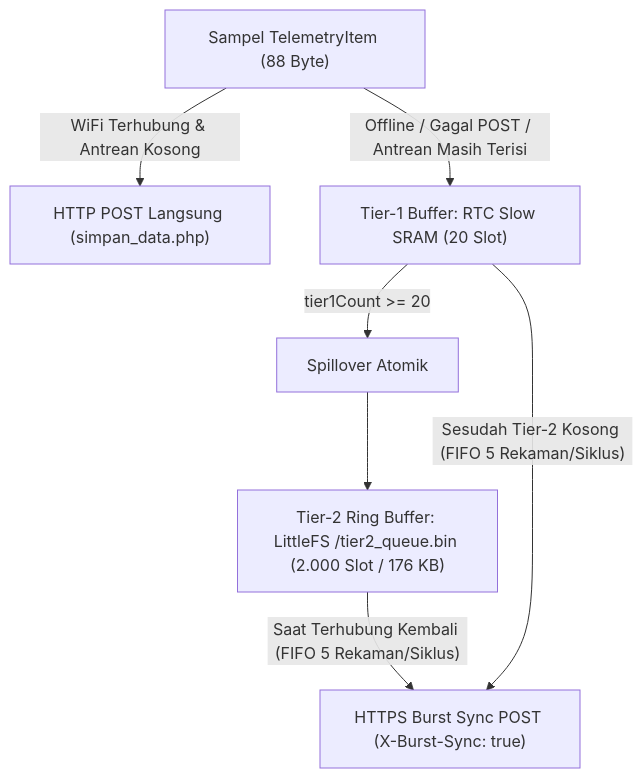
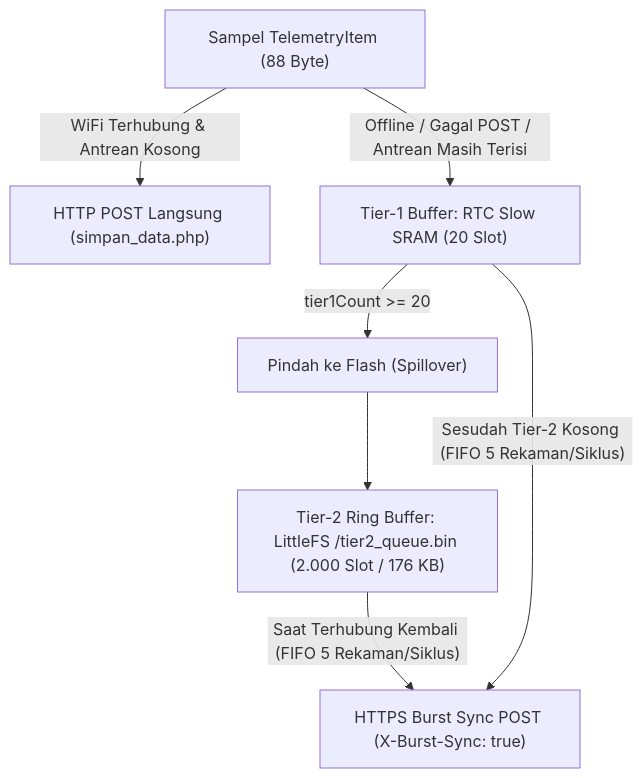
The diagram in docs/docs/firmware/two-tier-buffer.md (Syzafid/OrionTelemetry), drawn with Mermaid before and after one commit. The commit also changed other lines of this file and 24 other files, not shown here.

````diff
--- a/docs/docs/firmware/two-tier-buffer.md
+++ b/docs/docs/firmware/two-tier-buffer.md
@@ -12,9 +10,9 @@
 ```mermaid
 flowchart TB
   PKT["Sampel TelemetryItem (88 Byte)"] -->|"WiFi Terhubung & Antrean Kosong"| LIVE["HTTP POST Langsung (simpan_data.php)"]
   PKT -->|"Offline / Gagal POST / Antrean Masih Terisi"| T1["Tier-1 Buffer: RTC Slow SRAM (20 Slot)"]
-  T1 -->|"tier1Count >= 20"| SP["Spillover Atomik"]
+  T1 -->|"tier1Count >= 20"| SP["Pindah ke Flash (Spillover)"]
   SP --> T2["Tier-2 Ring Buffer: LittleFS /tier2_queue.bin (2.000 Slot / 176 KB)"]
   T2 -->|"Saat Terhubung Kembali (FIFO 5 Rekaman/Siklus)"| FLUSH["HTTPS Burst Sync POST (X-Burst-Sync: true)"]
   T1 -->|"Sesudah Tier-2 Kosong (FIFO 5 Rekaman/Siklus)"| FLUSH
 ```
````
